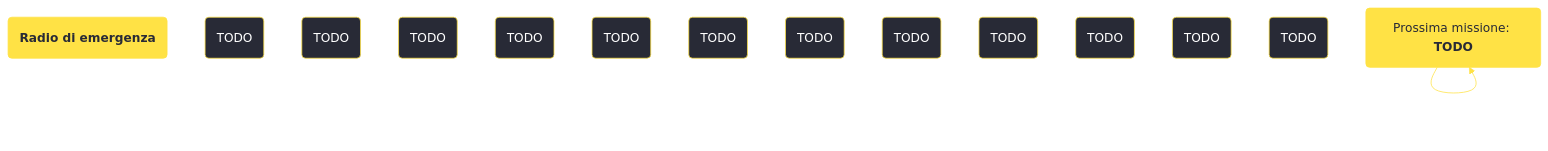
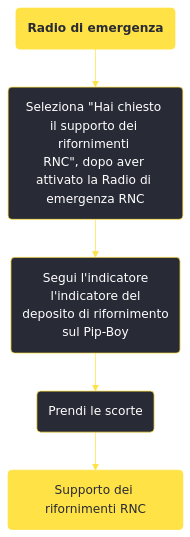
The diagram in content/voci/fallout new vegas/missioni/Radio di emergenza.md (persy/wastelander), drawn with Mermaid before and after one commit. The commit also changed 174 other files, not shown here.

````diff
--- a/content/voci/fallout new vegas/missioni/Radio di emergenza.md
+++ b/content/voci/fallout new vegas/missioni/Radio di emergenza.md
@@ -32,24 +32,15 @@
 ```mermaid
 %%{init: {'theme': 'base', 'themeVariables': { 'primaryColor': '#282a36', 'primaryBorderColor': '#ffe245', 'primaryTextColor': '#fff', 'lineColor': '#ffe245', 'fontFamily': 'Jura'}}}%%
 graph TD;
     id1(<b>Radio di emergenza</b>):::questfnv
-    id2(TODO)
-    id3(TODO)
-    id4(TODO)
-    id5(TODO)
-    id6(TODO)
-    id7(TODO) 
-    id8(TODO)
-    id9(TODO)
-    id10(TODO)
-    id11(TODO)
-    id12(TODO)
-    id13(TODO) 
-    id(TODO):::rewardfnv
-    id(Prossima missione: <b>TODO</b>):::questfnv
-    id-->id-->id-->id-->id-->id-->id
+    id2("Seleziona #quot;Hai chiesto <br />il supporto dei rifornimenti <br />RNC#quot;, dopo aver <br />attivato la Radio di <br />emergenza RNC")
+    id3(Segui l'indicatore <br />l'indicatore del <br />deposito di rifornimento <br />sul Pip-Boy)
+    id4(Prendi le scorte)
+    id5(Supporto dei rifornimenti RNC):::rewardfnv
+
+    id1-->id2-->id3-->id4-->id5
     
-    click id "../TODO"
+    
     classDef rewardfnv fill:#ffe245, stroke:#ffe245, color:#282a36;
     classDef questfnv fill:#ffe245, stroke:#ffe245, color:#282a36;
 ```
````
